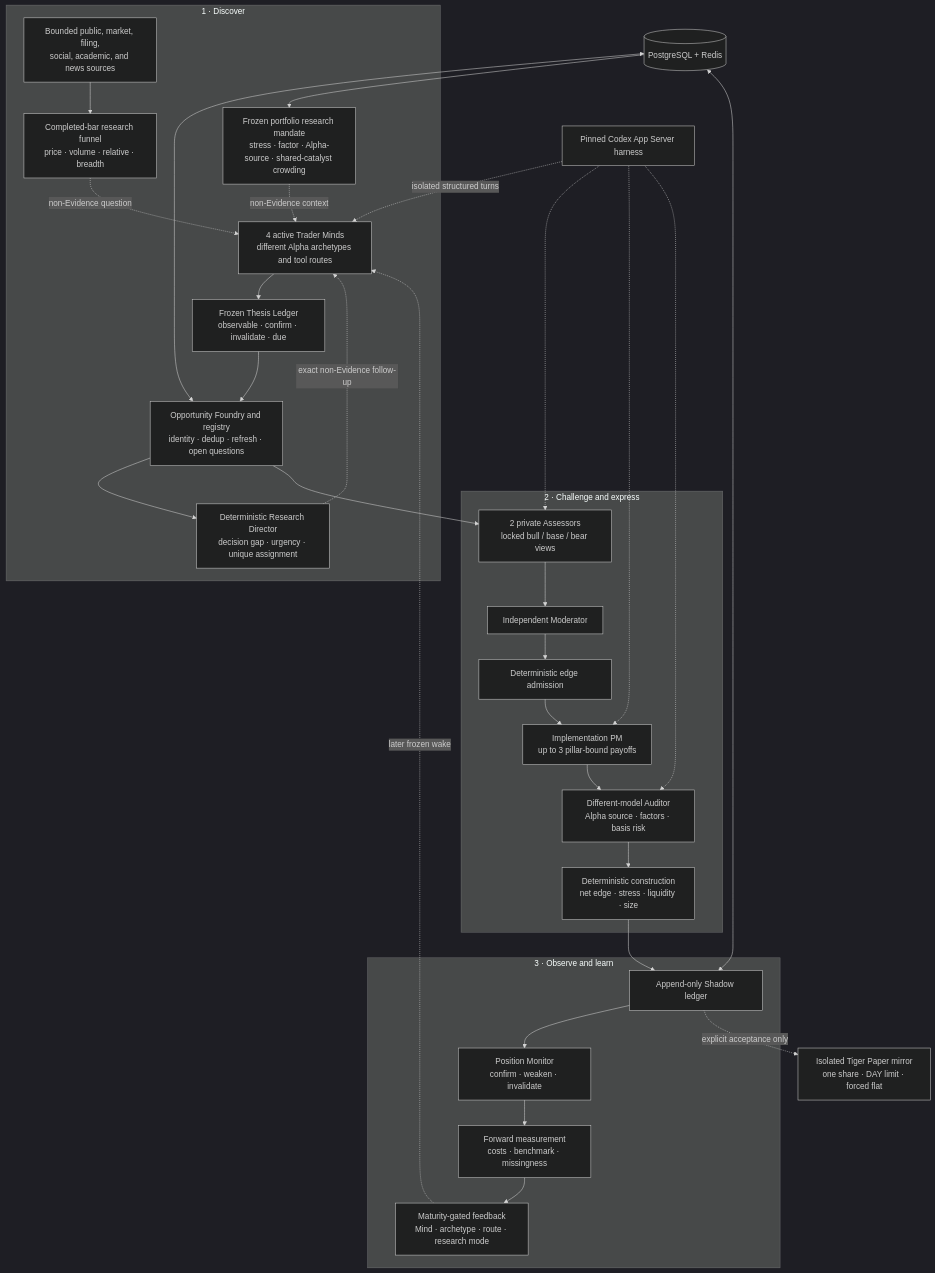
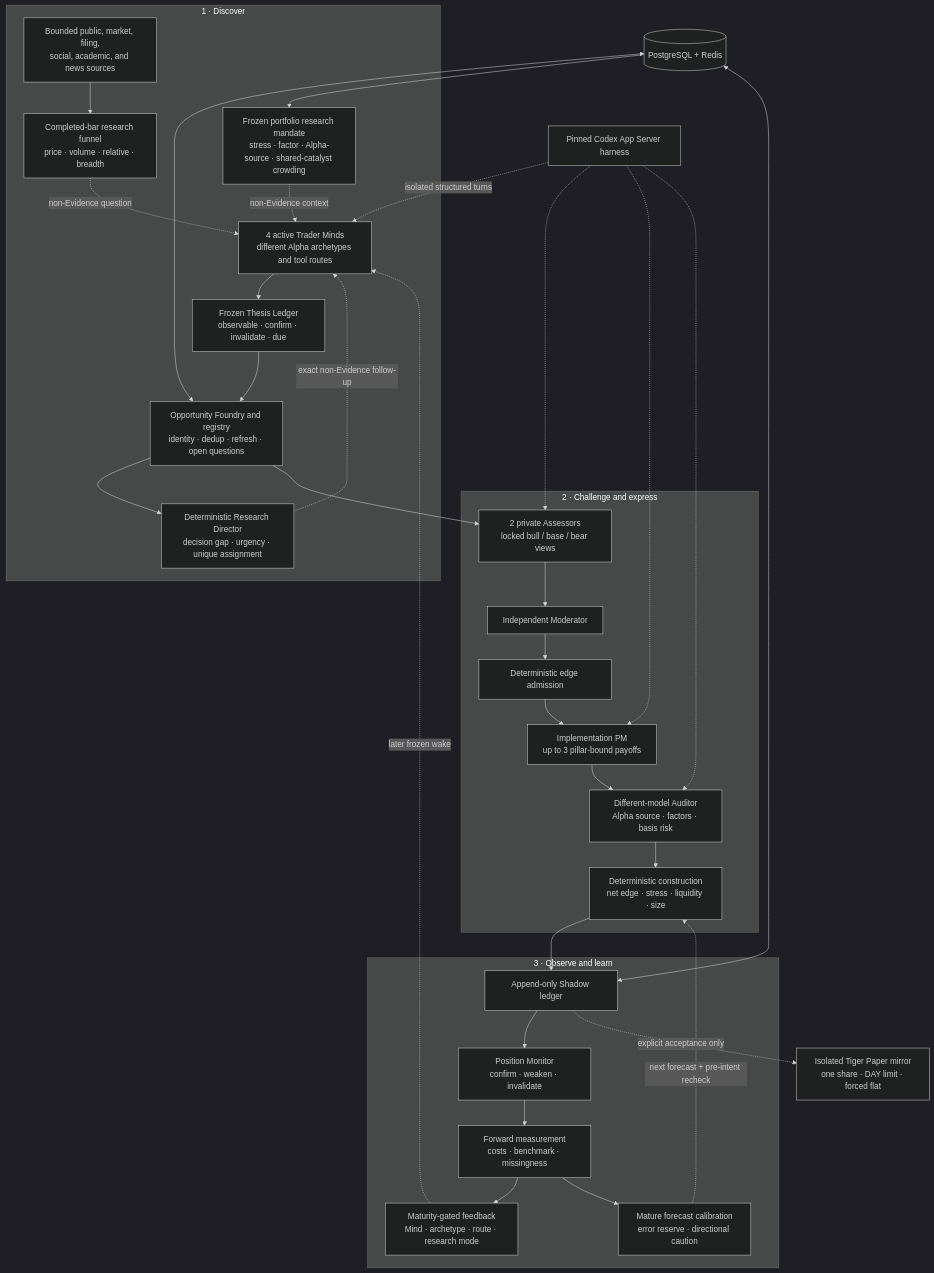
The second of 2 diagrams in README.md (kyky2347/ALTA), drawn with Mermaid (dark theme) before and after one commit. The commit also changed other lines of this file and 105 other files, not shown here.

````diff
--- a/README.md
+++ b/README.md
@@ -89,45 +118,48 @@
 ```mermaid
 flowchart TB
   subgraph discover["1 · Discover"]
     sources["Bounded public, market, filing,<br/>social, academic, and news sources"]
     screen["Completed-bar research funnel<br/>price · volume · relative · breadth"]
     mandate["Frozen portfolio research mandate<br/>stress · factor · Alpha-source · shared-catalyst crowding"]
     minds["4 active Trader Minds<br/>different Alpha archetypes and tool routes"]
     thesis["Frozen Thesis Ledger<br/>observable · confirm · invalidate · due"]
     registry["Opportunity Foundry and registry<br/>identity · dedup · refresh · open questions"]
     director["Deterministic Research Director<br/>decision gap · urgency · unique assignment"]
     sources --> screen -. "non-Evidence question" .-> minds --> thesis --> registry
     registry --> director -. "exact non-Evidence follow-up" .-> minds
     mandate -. "non-Evidence context" .-> minds
   end
 
   subgraph decide["2 · Challenge and express"]
     assess["2 private Assessors<br/>locked bull / base / bear views"]
     moderate["Independent Moderator"]
     rank["Deterministic edge admission"]
     implement["Implementation PM<br/>up to 3 pillar-bound payoffs"]
     audit["Different-model Auditor<br/>Alpha source · factors · basis risk"]
     construct["Deterministic construction<br/>net edge · stress · liquidity · size"]
     assess --> moderate --> rank --> implement --> audit --> construct
   end
 
   subgraph learn["3 · Observe and learn"]
     ledger["Append-only Shadow ledger"]
     monitor["Position Monitor<br/>confirm · weaken · invalidate"]
     outcome["Forward measurement<br/>costs · benchmark · missingness"]
     feedback["Maturity-gated feedback<br/>Mind · archetype · route · research mode"]
+    calibration["Mature forecast calibration<br/>error reserve · directional caution"]
     ledger --> monitor --> outcome --> feedback
+    outcome --> calibration
   end
 
   registry --> assess
   construct --> ledger
   feedback -. "later frozen wake" .-> minds
+  calibration -. "next forecast + pre-intent recheck" .-> construct
   state[("PostgreSQL + Redis")] <--> registry
   state <--> ledger
   state --> mandate
   harness["Pinned Codex App Server harness"] -. "isolated structured turns" .-> minds
   harness -.-> assess
   harness -.-> implement
   harness -.-> audit
   ledger -. "explicit acceptance only" .-> paper["Isolated Tiger Paper mirror<br/>one share · DAY limit · forced flat"]
 ```
````
